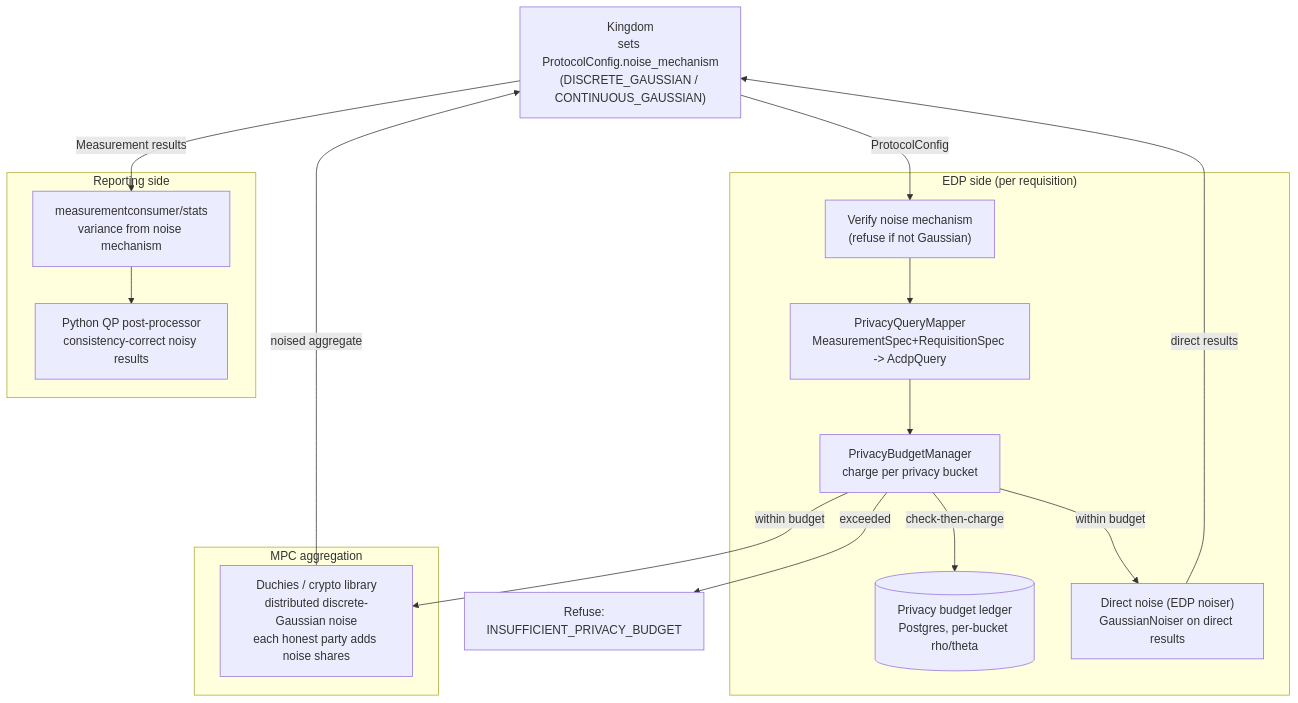
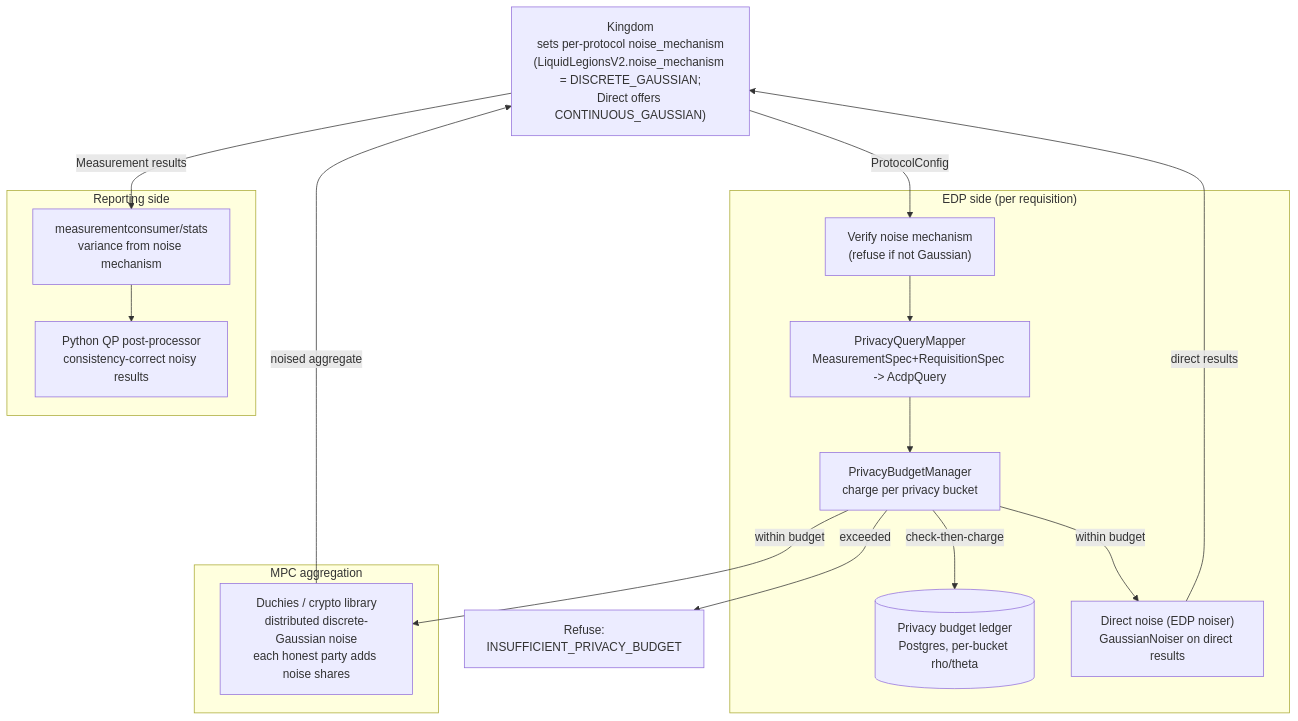
One commit to world-federation-of-advertisers/cross-media-measurement changed the first of 2 diagrams in docs/architecture/crosscutting/privacy.md. Above: the diagram before and after it, drawn with Mermaid. The commit also changed other lines of this file and 16 other files, not shown here.

````diff
--- a/docs/architecture/crosscutting/privacy.md
+++ b/docs/architecture/crosscutting/privacy.md
@@ -53,29 +53,29 @@
 ```mermaid
 flowchart TB
-  KING["Kingdom<br/>sets ProtocolConfig.noise_mechanism<br/>(DISCRETE_GAUSSIAN / CONTINUOUS_GAUSSIAN)"]
+  KING["Kingdom<br/>sets per-protocol noise_mechanism<br/>(LiquidLegionsV2.noise_mechanism = DISCRETE_GAUSSIAN;<br/>Direct offers CONTINUOUS_GAUSSIAN)"]
   subgraph EDPside["EDP side (per requisition)"]
     VERIFY["Verify noise mechanism<br/>(refuse if not Gaussian)"]
     MAP["PrivacyQueryMapper<br/>MeasurementSpec+RequisitionSpec -> AcdpQuery"]
     PBM["PrivacyBudgetManager<br/>charge per privacy bucket"]
     LEDGER[("Privacy budget ledger<br/>Postgres, per-bucket rho/theta")]
     NOISE["Direct noise (EDP noiser)<br/>GaussianNoiser on direct results"]
   end
   subgraph MPC["MPC aggregation"]
     DUCHY["Duchies / crypto library<br/>distributed discrete-Gaussian noise<br/>each honest party adds noise shares"]
   end
   subgraph REP["Reporting side"]
     STATS["measurementconsumer/stats<br/>variance from noise mechanism"]
     POST["Python QP post-processor<br/>consistency-correct noisy results"]
   end
 
   KING -->|ProtocolConfig| VERIFY
   VERIFY --> MAP --> PBM
   PBM -->|check-then-charge| LEDGER
   PBM -->|within budget| NOISE
   PBM -->|within budget| DUCHY
   PBM -->|exceeded| REFUSE["Refuse:<br/>INSUFFICIENT_PRIVACY_BUDGET"]
   NOISE -->|direct results| KING
   DUCHY -->|noised aggregate| KING
   KING -->|Measurement results| STATS
   STATS --> POST
 ```
````
